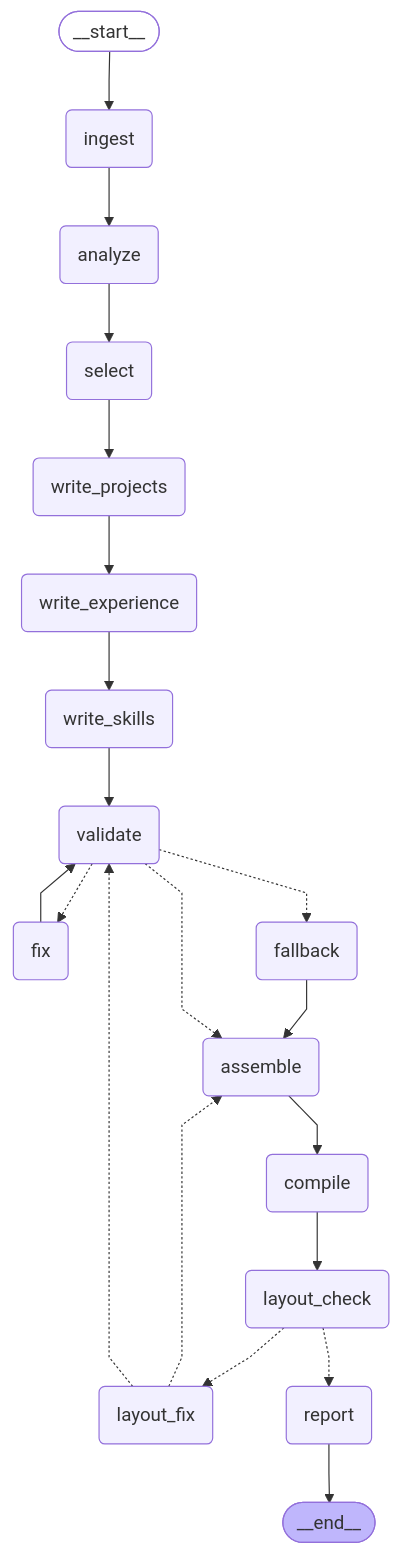
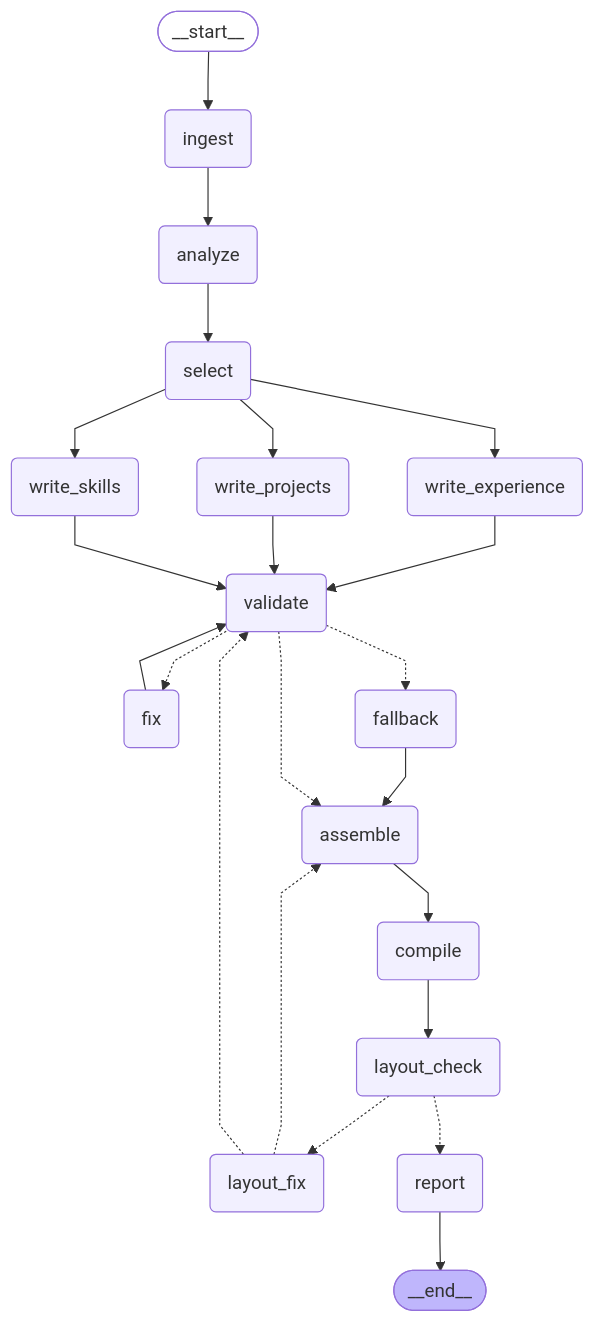
Before and after one commit to OmTilwar/resume-agent: the diagram in docs/graph.mmd, drawn with Mermaid. The commit also changed 12 other files, not shown here.

Commit message:
Parallel writers (3 branches; 4 projects concurrently, capped); hybrid models: mistral-small for writing, benchmarked nemotron-3-ultra judge; pass bullet notes to writer; diagram updated

```diff
--- a/docs/graph.mmd
+++ b/docs/graph.mmd
@@ -1,44 +1,46 @@
 ---
 config:
   flowchart:
     curve: linear
 ---
 graph TD;
 	__start__([<p>__start__</p>]):::first
 	ingest(ingest)
 	analyze(analyze)
 	select(select)
 	write_projects(write_projects)
 	write_experience(write_experience)
 	write_skills(write_skills)
 	validate(validate)
 	fix(fix)
 	fallback(fallback)
 	assemble(assemble)
 	compile(compile)
 	layout_check(layout_check)
 	layout_fix(layout_fix)
 	report(report)
 	__end__([<p>__end__</p>]):::last
 	__start__ --> ingest;
 	analyze --> select;
 	assemble --> compile;
 	compile --> layout_check;
 	fallback --> assemble;
 	fix --> validate;
 	ingest --> analyze;
 	layout_check -.-> layout_fix;
 	layout_check -.-> report;
 	layout_fix -.-> assemble;
 	layout_fix -.-> validate;
+	select --> write_experience;
 	select --> write_projects;
+	select --> write_skills;
 	validate -.-> assemble;
 	validate -.-> fallback;
 	validate -.-> fix;
-	write_experience --> write_skills;
-	write_projects --> write_experience;
+	write_experience --> validate;
+	write_projects --> validate;
 	write_skills --> validate;
 	report --> __end__;
 	classDef default fill:#f2f0ff,line-height:1.2
 	classDef first fill-opacity:0
 	classDef last fill:#bfb6fc
```
